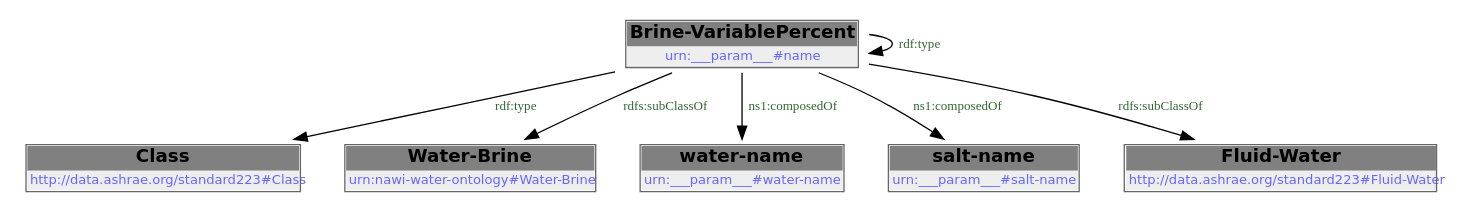
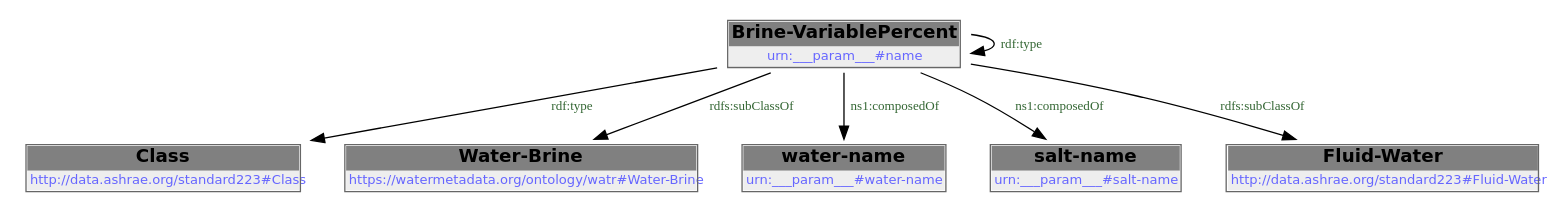
One commit to DataDrivenCPS/water-ontology changed the first of 2 diagrams in docs/libraries/templates/brine.rst. Above: the diagram before and after it, drawn with Graphviz. The commit also changed other lines of this file and 43 other files, not shown here.

First line of the commit message:
feat: move ontology to https://watermetadata.org base URI

```diff
--- a/docs/libraries/templates/brine.rst
+++ b/docs/libraries/templates/brine.rst
@@ -85,17 +85,17 @@
         .. graphviz::
 
                 digraph G {
             node [fontname="DejaVu Sans"];
             node0 -> node0 [color=BLACK, label=< <font point-size='10' color='#336633'>rdf:type</font> >];
             node0 -> node1 [color=BLACK, label=< <font point-size='10' color='#336633'>rdf:type</font> >];
             node0 -> node2 [color=BLACK, label=< <font point-size='10' color='#336633'>rdfs:subClassOf</font> >];
             node0 -> node3 [color=BLACK, label=< <font point-size='10' color='#336633'>ns1:composedOf</font> >];
             node0 -> node4 [color=BLACK, label=< <font point-size='10' color='#336633'>ns1:composedOf</font> >];
             node0 -> node5 [color=BLACK, label=< <font point-size='10' color='#336633'>rdfs:subClassOf</font> >];
             node0 [shape=none, color=black, label=< <table color='#666666' cellborder='0' cellspacing='0' border='1'><tr><td colspan='2' bgcolor='grey'><B>Brine-VariablePercent</B></td></tr><tr><td href='urn:___param___#name' bgcolor='#eeeeee' colspan='2'><font point-size='10' color='#6666ff'>urn:___param___#name</font></td></tr></table> >];
             node1 [shape=none, color=black, label=< <table color='#666666' cellborder='0' cellspacing='0' border='1'><tr><td colspan='2' bgcolor='grey'><B>Class</B></td></tr><tr><td href='http://data.ashrae.org/standard223#Class' bgcolor='#eeeeee' colspan='2'><font point-size='10' color='#6666ff'>http://data.ashrae.org/standard223#Class</font></td></tr></table> >];
-            node2 [shape=none, color=black, label=< <table color='#666666' cellborder='0' cellspacing='0' border='1'><tr><td colspan='2' bgcolor='grey'><B>Water-Brine</B></td></tr><tr><td href='urn:nawi-water-ontology#Water-Brine' bgcolor='#eeeeee' colspan='2'><font point-size='10' color='#6666ff'>urn:nawi-water-ontology#Water-Brine</font></td></tr></table> >];
+            node2 [shape=none, color=black, label=< <table color='#666666' cellborder='0' cellspacing='0' border='1'><tr><td colspan='2' bgcolor='grey'><B>Water-Brine</B></td></tr><tr><td href='https://watermetadata.org/ontology/watr#Water-Brine' bgcolor='#eeeeee' colspan='2'><font point-size='10' color='#6666ff'>https://watermetadata.org/ontology/watr#Water-Brine</font></td></tr></table> >];
             node3 [shape=none, color=black, label=< <table color='#666666' cellborder='0' cellspacing='0' border='1'><tr><td colspan='2' bgcolor='grey'><B>water-name</B></td></tr><tr><td href='urn:___param___#water-name' bgcolor='#eeeeee' colspan='2'><font point-size='10' color='#6666ff'>urn:___param___#water-name</font></td></tr></table> >];
             node4 [shape=none, color=black, label=< <table color='#666666' cellborder='0' cellspacing='0' border='1'><tr><td colspan='2' bgcolor='grey'><B>salt-name</B></td></tr><tr><td href='urn:___param___#salt-name' bgcolor='#eeeeee' colspan='2'><font point-size='10' color='#6666ff'>urn:___param___#salt-name</font></td></tr></table> >];
             node5 [shape=none, color=black, label=< <table color='#666666' cellborder='0' cellspacing='0' border='1'><tr><td colspan='2' bgcolor='grey'><B>Fluid-Water</B></td></tr><tr><td href='http://data.ashrae.org/standard223#Fluid-Water' bgcolor='#eeeeee' colspan='2'><font point-size='10' color='#6666ff'>http://data.ashrae.org/standard223#Fluid-Water</font></td></tr></table> >];
             }
```
